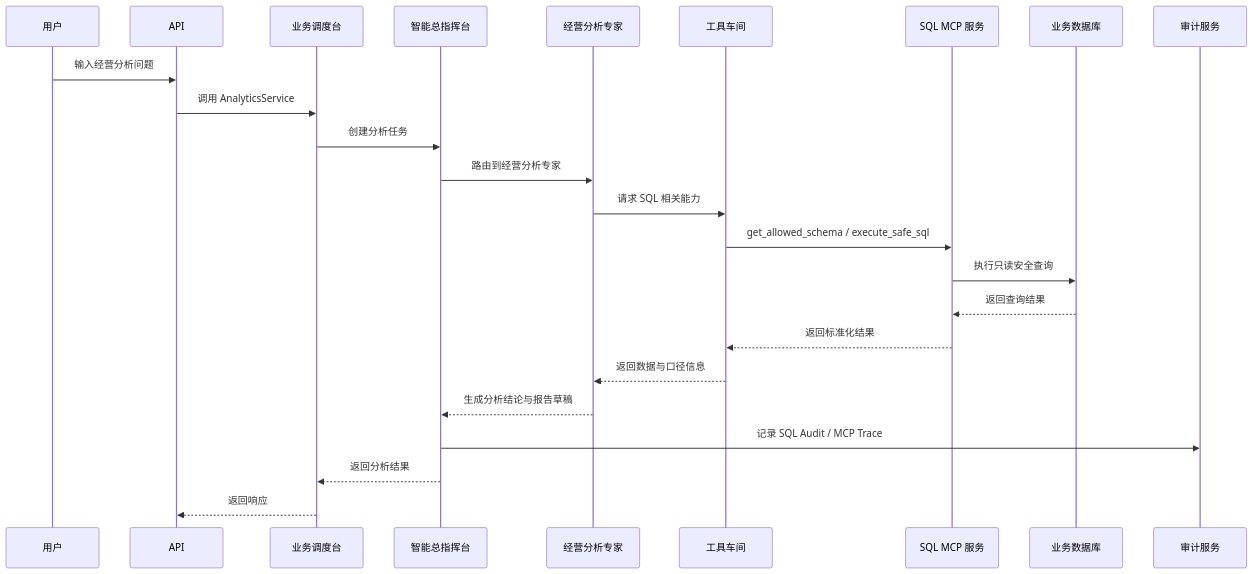
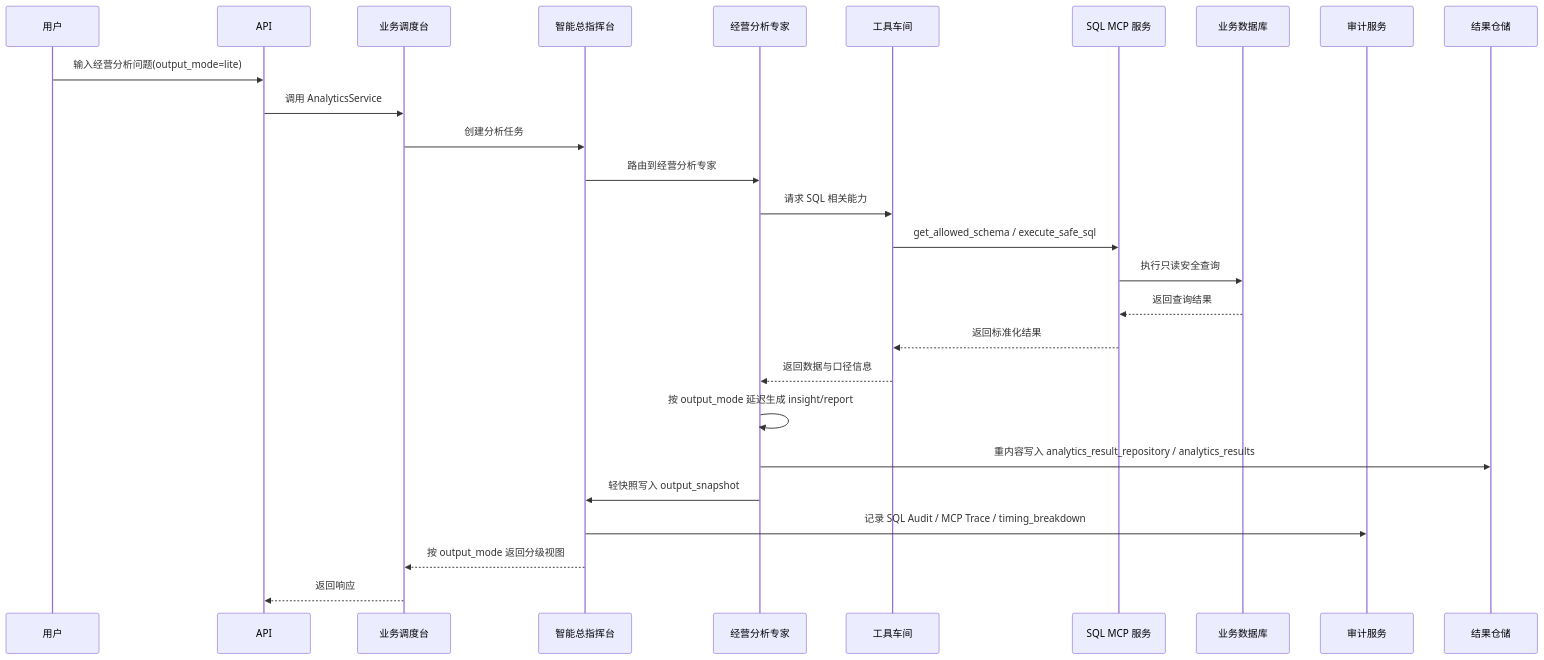
The ninth of 10 diagrams in docs/ARCHITECTURE.md (zhangzhijin1018/enterprise-knowledge-agentic-rag), drawn with Mermaid before and after one commit. The commit also changed other lines of this file and 58 other files, not shown here.

````diff
--- a/docs/ARCHITECTURE.md
+++ b/docs/ARCHITECTURE.md
@@ -1409,27 +1417,30 @@
 ```mermaid
 sequenceDiagram
     participant User as 用户
     participant API as API
     participant APP as 业务调度台
     participant Control as 智能总指挥台
     participant Analytics as 经营分析专家
     participant Fabric as 工具车间
     participant MCP as SQL MCP 服务
     participant DB as 业务数据库
     participant Trace as 审计服务
+    participant ResultRepo as 结果仓储
 
-    User->>API: 输入经营分析问题
+    User->>API: 输入经营分析问题(output_mode=lite)
     API->>APP: 调用 AnalyticsService
     APP->>Control: 创建分析任务
     Control->>Analytics: 路由到经营分析专家
     Analytics->>Fabric: 请求 SQL 相关能力
     Fabric->>MCP: get_allowed_schema / execute_safe_sql
     MCP->>DB: 执行只读安全查询
     DB-->>MCP: 返回查询结果
     MCP-->>Fabric: 返回标准化结果
     Fabric-->>Analytics: 返回数据与口径信息
-    Analytics-->>Control: 生成分析结论与报告草稿
-    Control->>Trace: 记录 SQL Audit / MCP Trace
-    Control-->>APP: 返回分析结果
+    Analytics->>Analytics: 按 output_mode 延迟生成 insight/report
+    Analytics->>ResultRepo: 重内容写入 analytics_result_repository / analytics_results
+    Analytics->>Control: 轻快照写入 output_snapshot
+    Control->>Trace: 记录 SQL Audit / MCP Trace / timing_breakdown
+    Control-->>APP: 按 output_mode 返回分级视图
     APP-->>API: 返回响应
 ```
````
